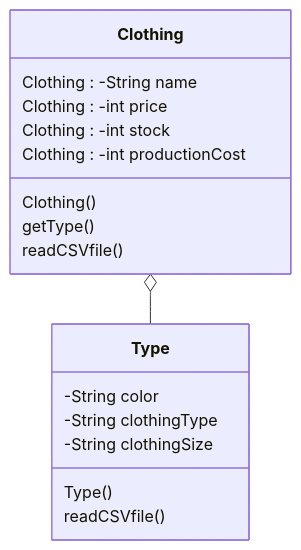
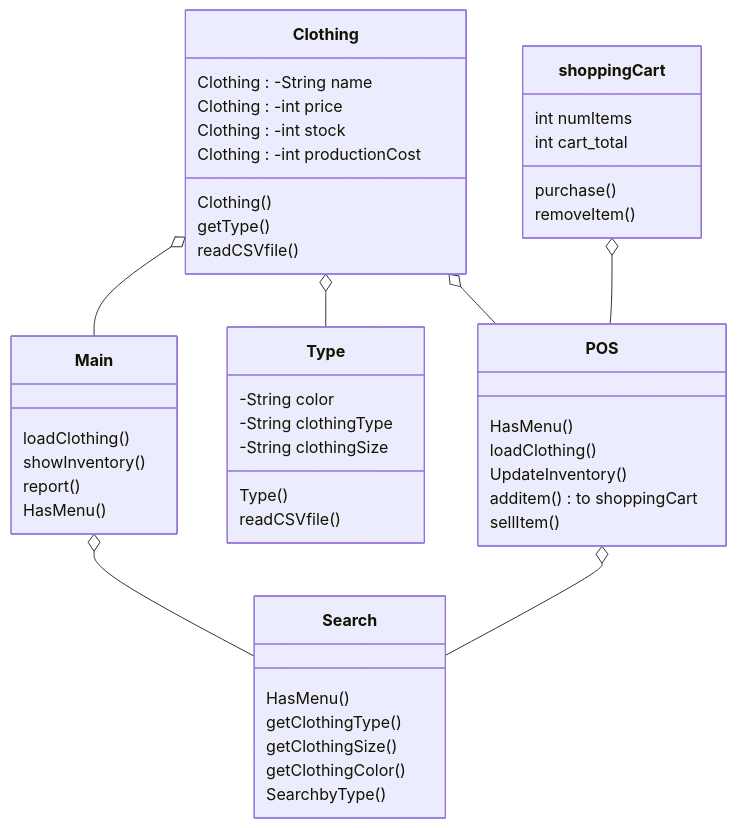
The diagram in README.md (EthanRGraham/Final_Project_CS121), drawn with Mermaid before and after one commit.

Commit message:
filled in UML

````diff
--- a/README.md
+++ b/README.md
@@ -3,25 +1,59 @@
 ```mermaid
 classDiagram
+    Main o-- Search
+    class Main{
+        loadClothing()
+        showInventory()
+        report()
+        HasMenu()
+    }
+    Clothing o-- Main
     Clothing o-- Type
     class Clothing{
         Clothing : -String name
         Clothing : -int price
         Clothing : -int stock
         Clothing : -int productionCost
     
         Clothing()
         getType()
         readCSVfile()
     }
     class Type{
         -String color
         -String clothingType
         -String clothingSize
         Type()
         readCSVfile()
     }
+    class Search{
+        HasMenu()
+        getClothingType()
+        getClothingSize()
+        getClothingColor()
+        SearchbyType()
+
+    }
+    POS o-- Search
+    Clothing o-- POS
+    class POS {
+        HasMenu()
+        loadClothing()
+        UpdateInventory()
+        additem() to shoppingCart
+        sellItem()
+
+    }
+shoppingCart o-- POS
+class shoppingCart{
+    int numItems
+    int cart_total
+    purchase()
+    removeItem()
+
+}
 
 
 
 
 ```
````
